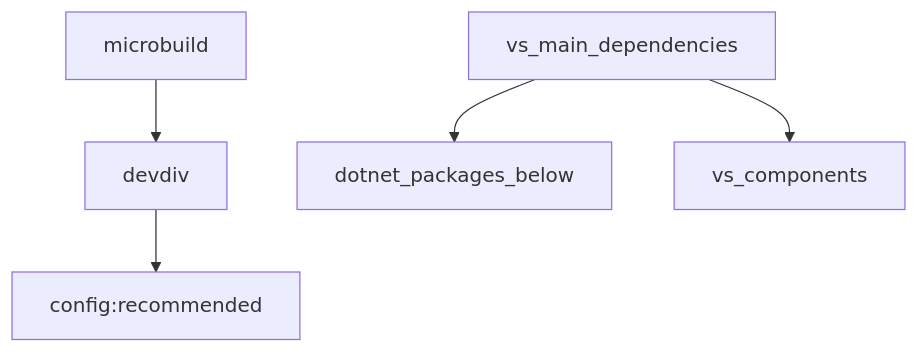
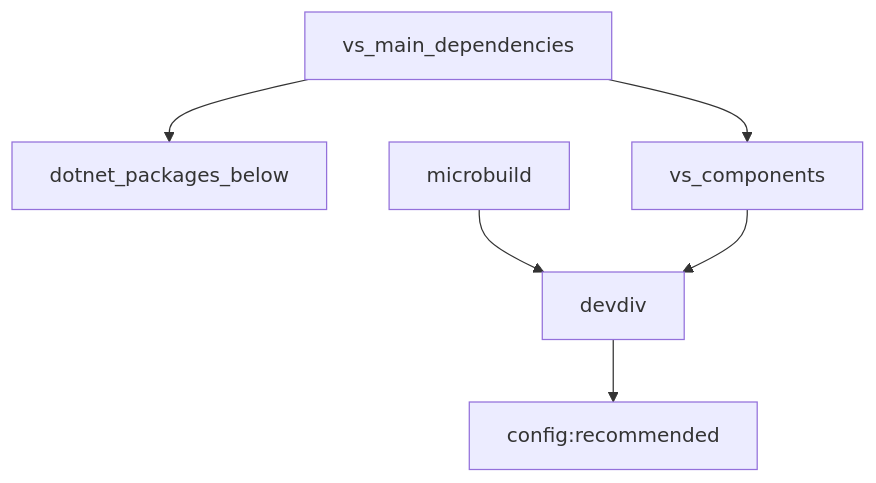
Before and after one commit to microsoft/vs-renovate-presets: the diagram in README.md, drawn with Mermaid. The commit also changed 1 other file, not shown here.

Commit message:
vs_components extends devdiv

````diff
--- a/README.md
+++ b/README.md
@@ -10,9 +10,9 @@
 ```mermaid
 flowchart TD
     devdiv --> configRecommended["config:recommended"]
     dotnet_packages_below
     microbuild --> devdiv
-    vs_components
+    vs_components --> devdiv
     vs_main_dependencies --> vs_components
     vs_main_dependencies --> dotnet_packages_below
 ```
````
